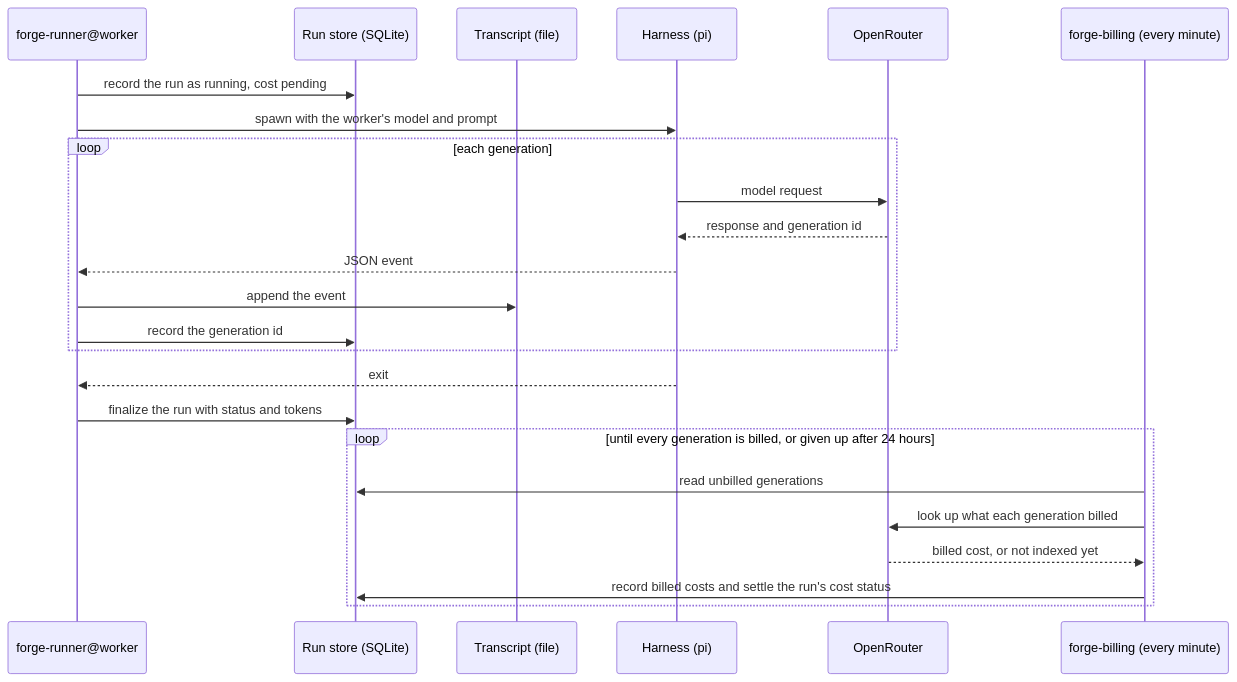
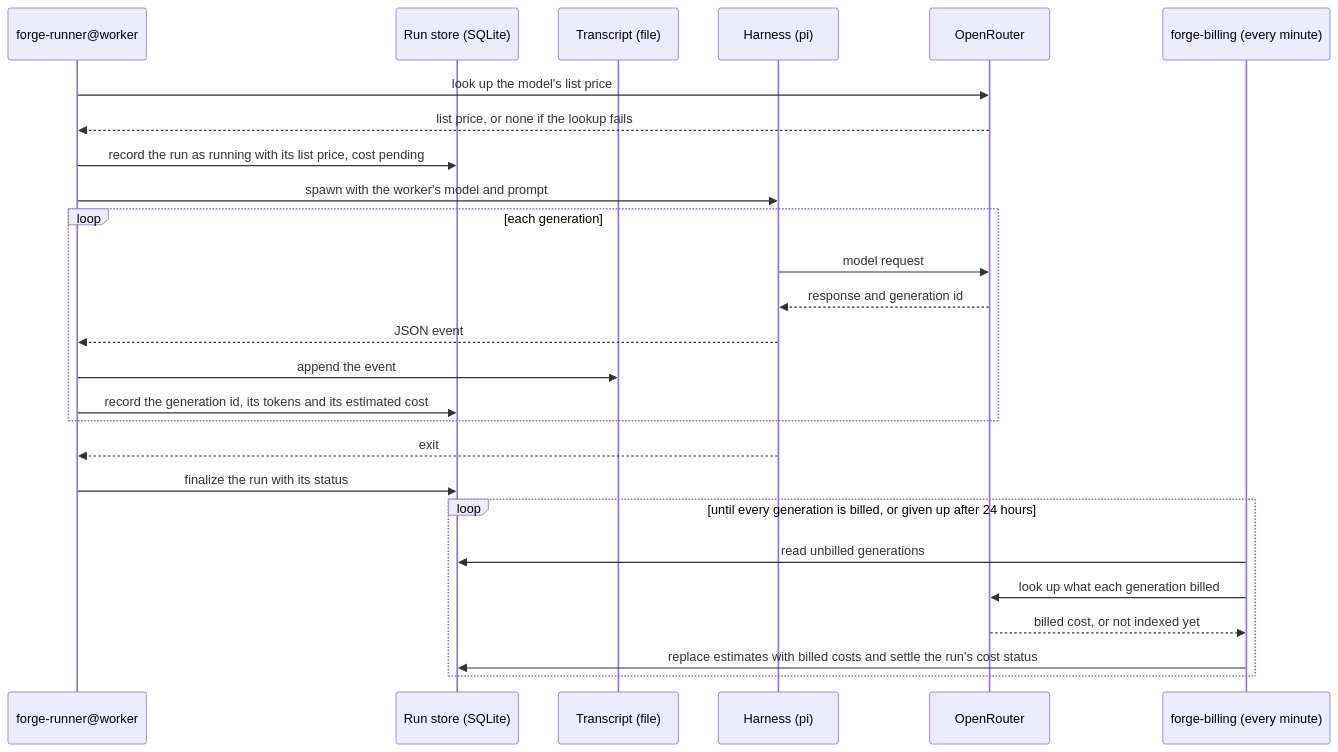
Before and after one commit to rameezk/forge: the third of 3 diagrams in README.md, drawn with Mermaid. The commit also changed 25 other files, not shown here.

Commit message:
feat: show an estimated cost until a generation is billed (#242)

````diff
--- a/README.md
+++ b/README.md
@@ -99,27 +99,29 @@
 ```mermaid
 sequenceDiagram
     participant R as forge-runner@worker
     participant S as Run store (SQLite)
     participant T as Transcript (file)
     participant H as Harness (pi)
     participant O as OpenRouter
     participant B as forge-billing (every minute)
 
-    R->>S: record the run as running, cost pending
+    R->>O: look up the model's list price
+    O-->>R: list price, or none if the lookup fails
+    R->>S: record the run as running with its list price, cost pending
     R->>H: spawn with the worker's model and prompt
     loop each generation
         H->>O: model request
         O-->>H: response and generation id
         H-->>R: JSON event
         R->>T: append the event
-        R->>S: record the generation id
+        R->>S: record the generation id, its tokens and its estimated cost
     end
     H-->>R: exit
-    R->>S: finalize the run with status and tokens
+    R->>S: finalize the run with its status
     loop until every generation is billed, or given up after 24 hours
         B->>S: read unbilled generations
         B->>O: look up what each generation billed
         O-->>B: billed cost, or not indexed yet
-        B->>S: record billed costs and settle the run's cost status
+        B->>S: replace estimates with billed costs and settle the run's cost status
     end
 ```
````
